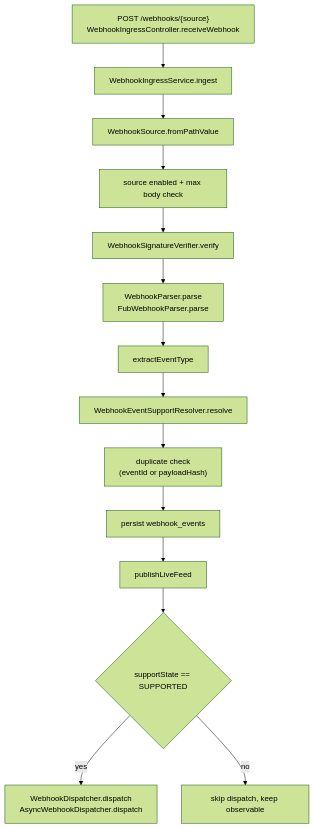
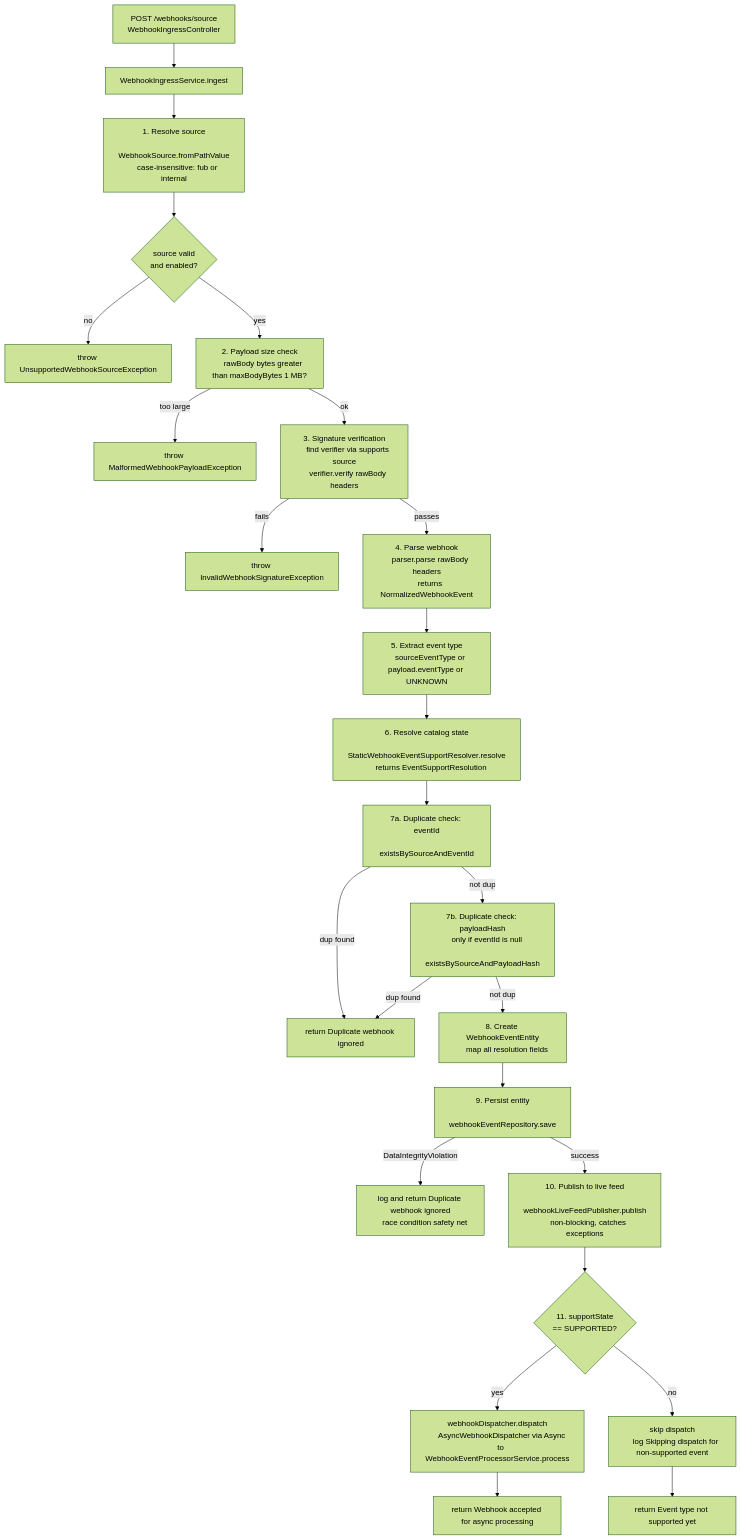
The second of 6 diagrams in Docs/features/lead-management-platform/current-state-implementation-deep-dive.md (sarathkumar365/FUB-Automation), drawn with Mermaid (forest theme) before and after one commit. The commit also changed other lines of this file, not shown here.

````diff
--- a/Docs/features/lead-management-platform/current-state-implementation-deep-dive.md
+++ b/Docs/features/lead-management-platform/current-state-implementation-deep-dive.md
@@ -94,16 +497,51 @@
 ```mermaid
 flowchart TB
-    A["POST /webhooks/{source}\nWebhookIngressController.receiveWebhook"] --> B["WebhookIngressService.ingest"]
-    B --> C["WebhookSource.fromPathValue"]
-    C --> D["source enabled + max body check"]
-    D --> E["WebhookSignatureVerifier.verify"]
-    E --> F["WebhookParser.parse\nFubWebhookParser.parse"]
-    F --> G["extractEventType"]
-    G --> H["WebhookEventSupportResolver.resolve"]
-    H --> I["duplicate check\n(eventId or payloadHash)"]
-    I --> J["persist webhook_events"]
-    J --> K["publishLiveFeed"]
-    K --> L{"supportState == SUPPORTED"}
-    L -->|"yes"| M["WebhookDispatcher.dispatch\nAsyncWebhookDispatcher.dispatch"]
-    L -->|"no"| N["skip dispatch, keep observable"]
+    A["POST /webhooks/source
+    WebhookIngressController"] --> B["WebhookIngressService.ingest"]
+    B --> C["1. Resolve source
+    WebhookSource.fromPathValue
+    case-insensitive: fub or internal"]
+    C --> C1{"source valid
+    and enabled?"}
+    C1 -->|no| C2["throw UnsupportedWebhookSourceException"]
+    C1 -->|yes| D["2. Payload size check
+    rawBody bytes greater than maxBodyBytes 1 MB?"]
+    D -->|too large| D1["throw MalformedWebhookPayloadException"]
+    D -->|ok| E["3. Signature verification
+    find verifier via supports source
+    verifier.verify rawBody headers"]
+    E -->|fails| E1["throw InvalidWebhookSignatureException"]
+    E -->|passes| F["4. Parse webhook
+    parser.parse rawBody headers
+    returns NormalizedWebhookEvent"]
+    F --> G["5. Extract event type
+    sourceEventType or payload.eventType or UNKNOWN"]
+    G --> H["6. Resolve catalog state
+    StaticWebhookEventSupportResolver.resolve
+    returns EventSupportResolution"]
+    H --> I["7a. Duplicate check: eventId
+    existsBySourceAndEventId"]
+    I -->|dup found| I1["return Duplicate webhook ignored"]
+    I -->|not dup| J["7b. Duplicate check: payloadHash
+    only if eventId is null
+    existsBySourceAndPayloadHash"]
+    J -->|dup found| I1
+    J -->|not dup| K["8. Create WebhookEventEntity
+    map all resolution fields"]
+    K --> L["9. Persist entity
+    webhookEventRepository.save"]
+    L -->|DataIntegrityViolation| L1["log and return Duplicate webhook ignored
+    race condition safety net"]
+    L -->|success| M["10. Publish to live feed
+    webhookLiveFeedPublisher.publish
+    non-blocking, catches exceptions"]
+    M --> N{"11. supportState
+    == SUPPORTED?"}
+    N -->|yes| O["webhookDispatcher.dispatch
+    AsyncWebhookDispatcher via Async
+    to WebhookEventProcessorService.process"]
+    N -->|no| P["skip dispatch
+    log Skipping dispatch for non-supported event"]
+    O --> Q["return Webhook accepted for async processing"]
+    P --> R["return Event type not supported yet"]
 ```
````
